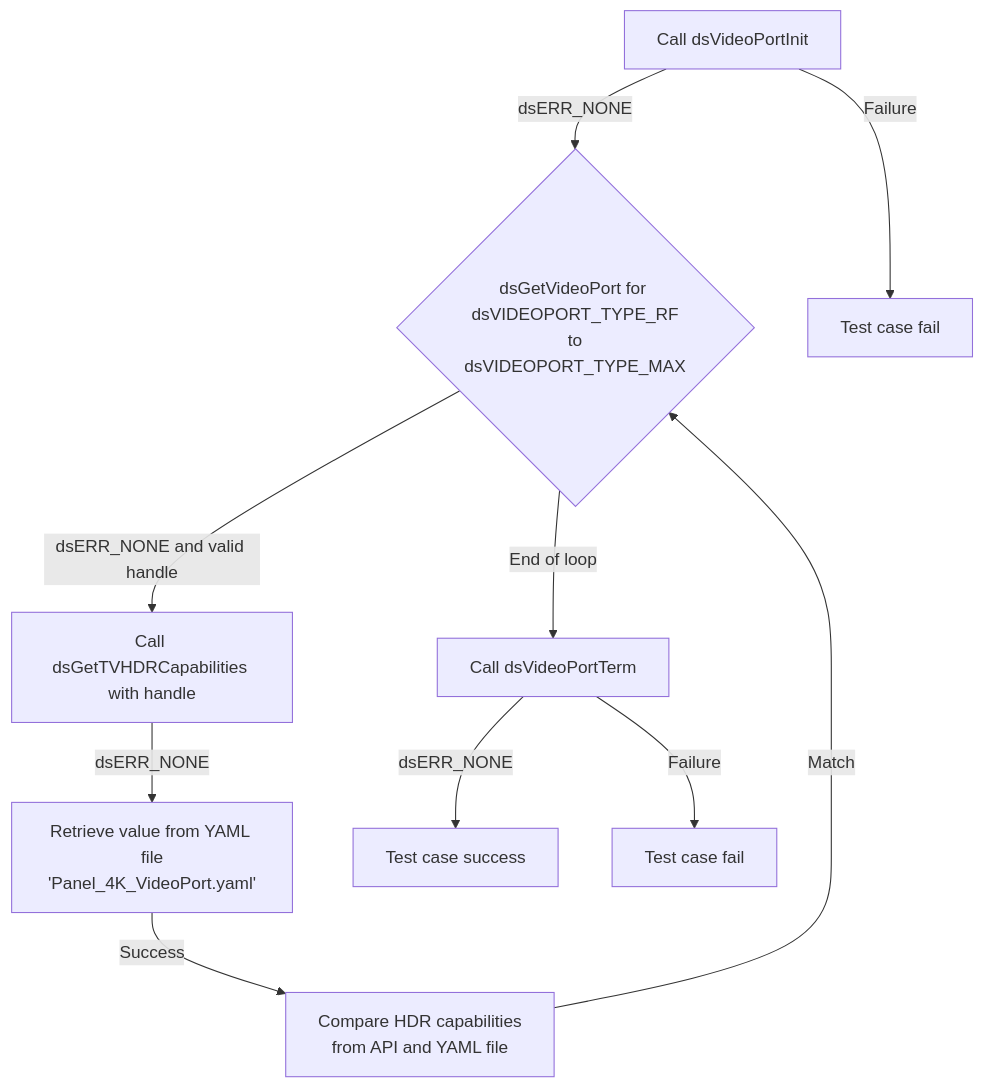
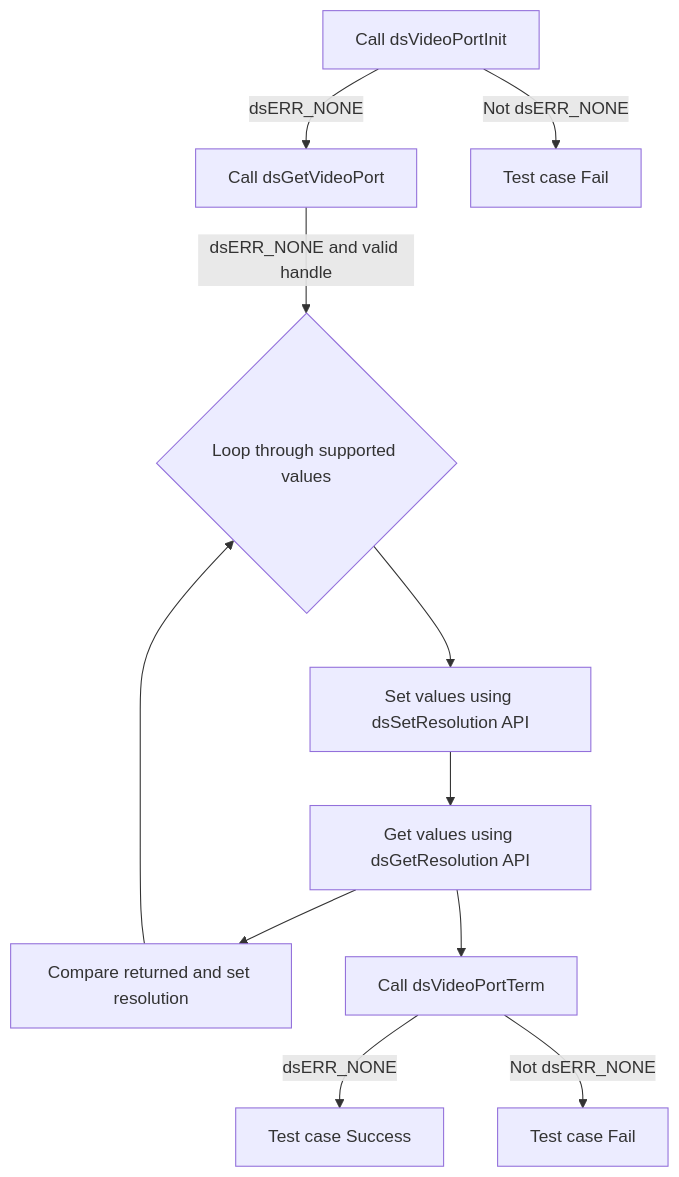
Before and after one commit to rdkcentral/rdk-halif-test-device_settings: the seventh of 30 diagrams in docs/pages/dsVideoPort_L2_Low-Level_TestSpecification.md, drawn with Mermaid. The commit also changed other lines of this file and 5 other files, not shown here.

````diff
--- a/docs/pages/dsVideoPort_L2_Low-Level_TestSpecification.md
+++ b/docs/pages/dsVideoPort_L2_Low-Level_TestSpecification.md
@@ -338,12 +337,13 @@
 ```mermaid
 graph TB
-A[Call dsVideoPortInit] -->|dsERR_NONE| B{dsGetVideoPort for <br> dsVIDEOPORT_TYPE_RF <br> to dsVIDEOPORT_TYPE_MAX}
-A -->|Failure| A1[Test case fail]
-B -->|dsERR_NONE and valid handle| C[Call dsGetTVHDRCapabilities with handle]
-C -->|dsERR_NONE| D[Retrieve value from YAML <br> file 'Panel_4K_VideoPort.yaml']
-D -->|Success| E[Compare HDR capabilities <br> from API and YAML file]
-E -->|Match| B
-B -->|End of loop| F[Call dsVideoPortTerm]
-F -->|dsERR_NONE| G[Test case success]
-F -->|Failure| F1[Test case fail]
+    A[Call dsVideoPortInit] -->|dsERR_NONE| B[Call dsGetVideoPort]
+    A -->|Not dsERR_NONE| A1[Test case Fail]
+    B -->|dsERR_NONE and valid handle| C{Loop through supported values}
+    C --> E[Set values using dsSetResolution API]
+    E --> F[Get values using dsGetResolution API]
+    F --> G[Compare returned and set resolution]
+    G --> C
+    F --> I[Call dsVideoPortTerm]
+    I -->|dsERR_NONE| J[Test case Success]
+    I -->|Not dsERR_NONE| I1[Test case Fail]
 ```
````
